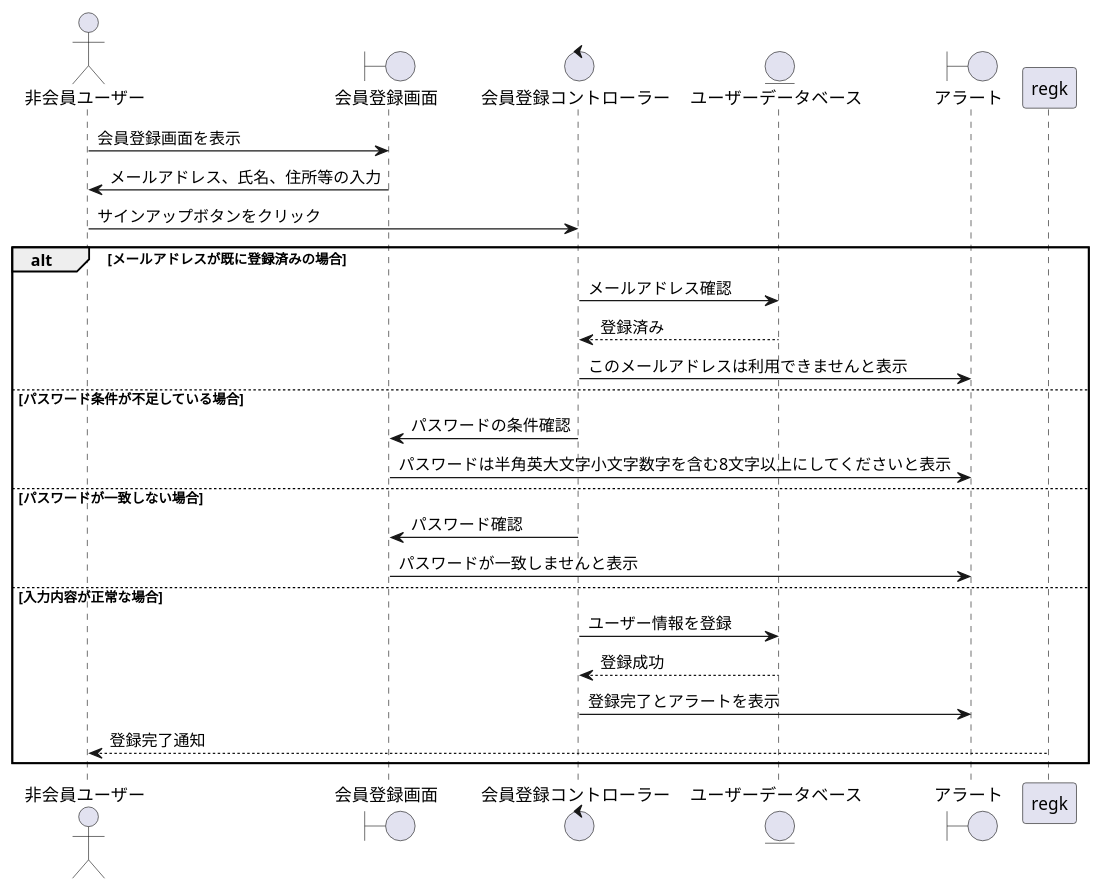
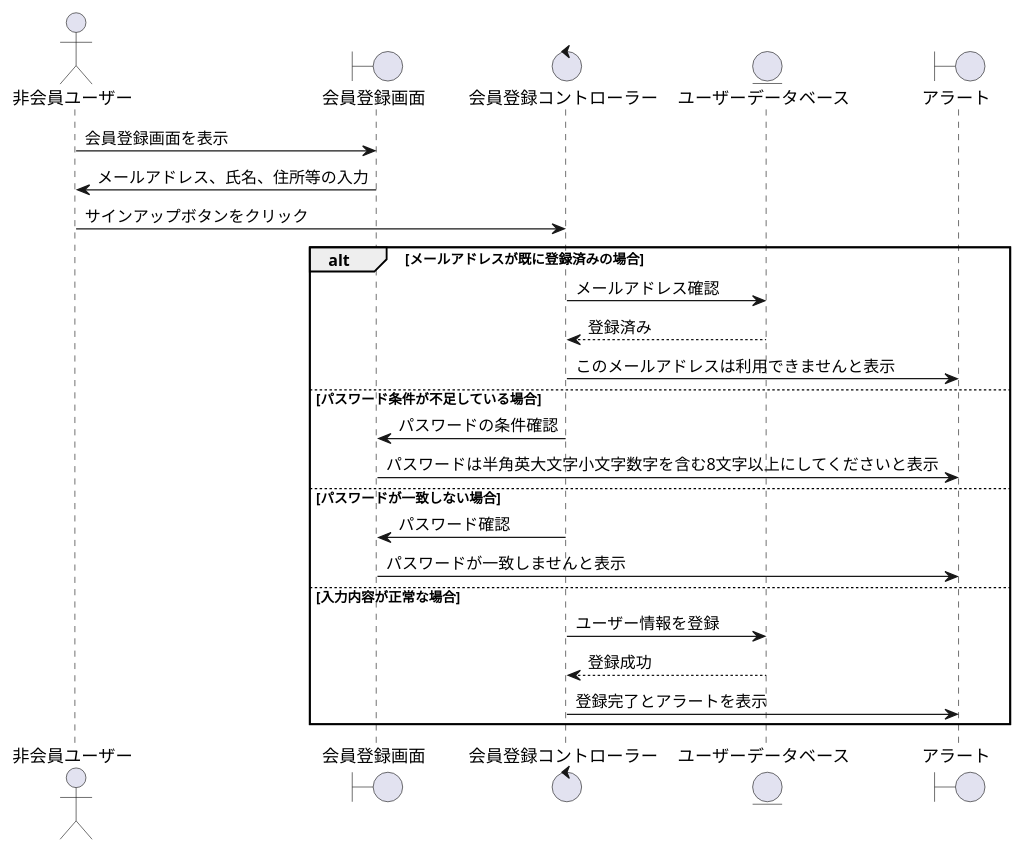
One commit to ysyk-wtnb16/team_D changed the diagram in BBショップ/会員登録.wsd. Above: the diagram before and after it, drawn with PlantUML.

Commit message:
修正

```diff
--- a/BBショップ/会員登録.wsd
+++ b/BBショップ/会員登録.wsd
@@ -1,30 +1,30 @@
 @startuml kaiin_touroku 
 actor "非会員ユーザー" as user
 boundary "会員登録画面" as reg
 control "会員登録コントローラー" as regc
 entity "ユーザーデータベース" as db
 boundary "アラート" as alert
 
 
 user -> reg: 会員登録画面を表示
 reg -> user: メールアドレス、氏名、住所等の入力
 user -> regc: サインアップボタンをクリック
 
 alt メールアドレスが既に登録済みの場合
     regc -> db: メールアドレス確認
     db --> regc: 登録済み
     regc -> alert: このメールアドレスは利用できませんと表示
 else パスワード条件が不足している場合
     regc -> reg: パスワードの条件確認
     reg -> alert: パスワードは半角英大文字小文字数字を含む8文字以上にしてくださいと表示
 else パスワードが一致しない場合
     regc -> reg: パスワード確認
     reg -> alert: パスワードが一致しませんと表示
 else 入力内容が正常な場合
     regc -> db: ユーザー情報を登録
     db --> regc: 登録成功
     regc -> alert: 登録完了とアラートを表示
-    regk --> user: 登録完了通知
+
 end
 
 @enduml
```
